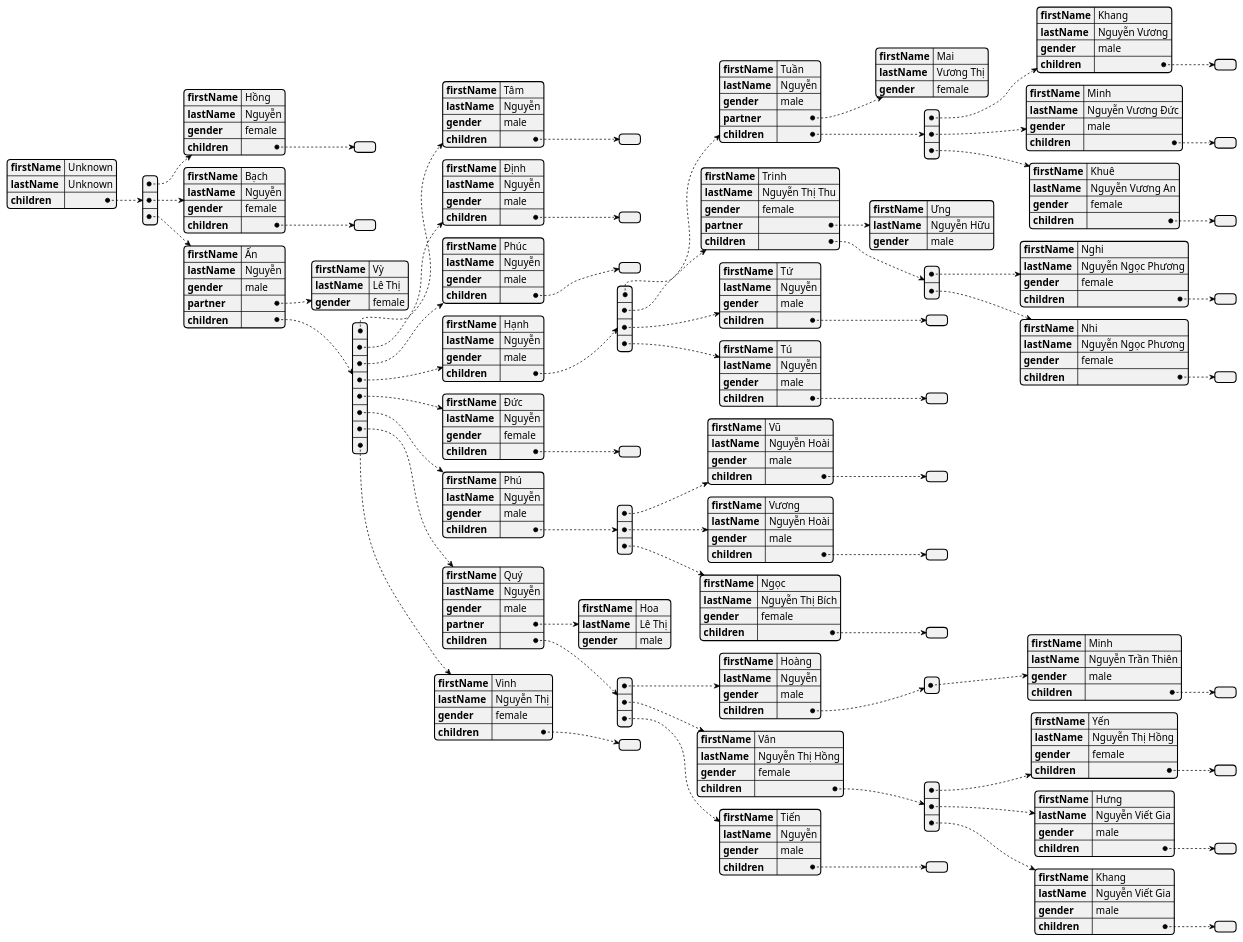
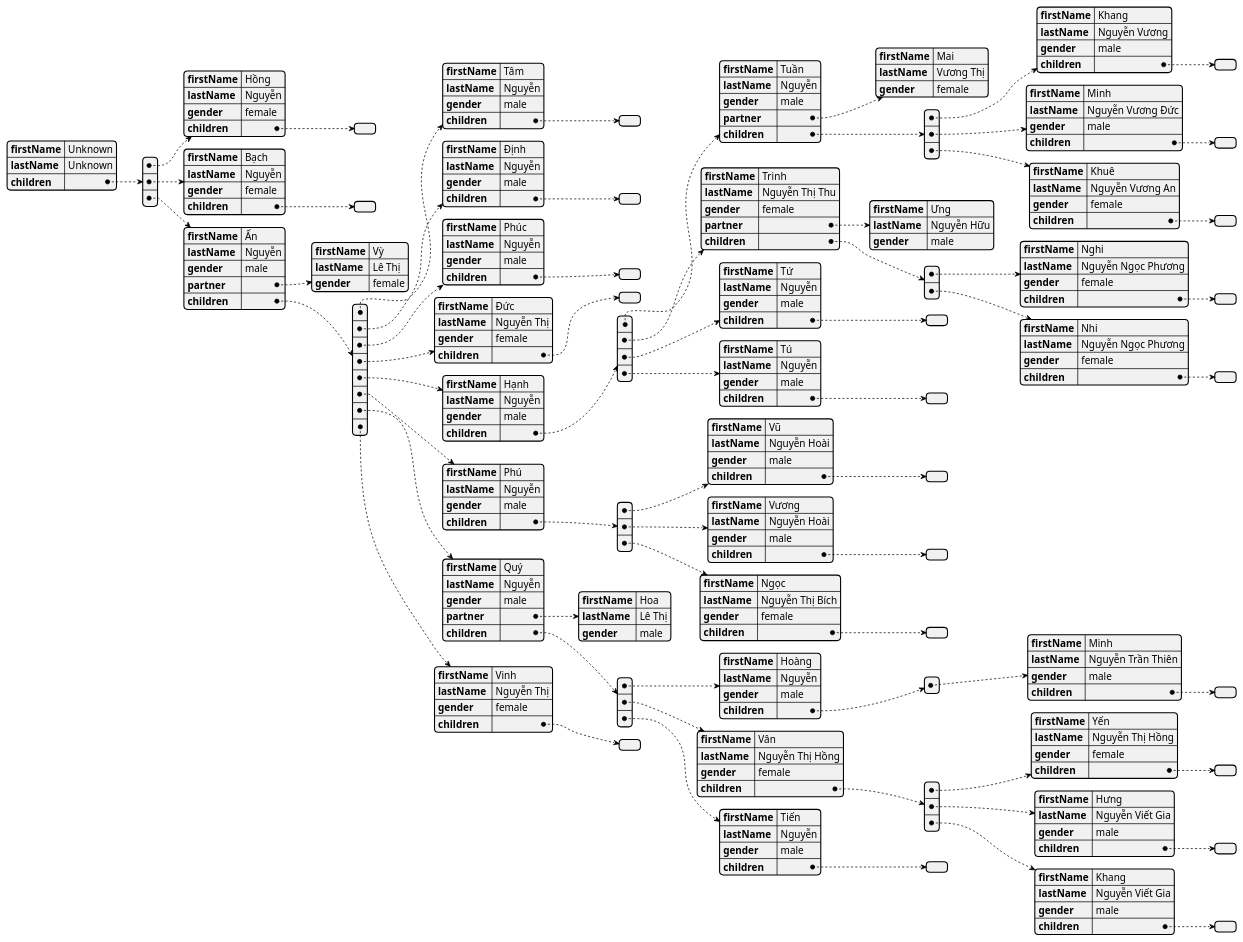
Before and after one commit to nguyen-gen/gen-book: the diagram in data.iuml, drawn with PlantUML.

```diff
--- a/data.iuml
+++ b/data.iuml
@@ -41,6 +41,12 @@
           "firstName": "Phúc",
           "lastName": "Nguyễn",
           "gender": "male",
+          "children": []
+        },
+        {
+          "firstName": "Đức",
+          "lastName": "Nguyễn Thị",
+          "gender": "female",
           "children": []
         },
         {
@@ -115,12 +121,6 @@
               "children": []
             }
           ]
-        },
-        {
-          "firstName": "Đức",
-          "lastName": "Nguyễn",
-          "gender": "female",
-          "children": []
         },
         {
           "firstName": "Phú",
```
